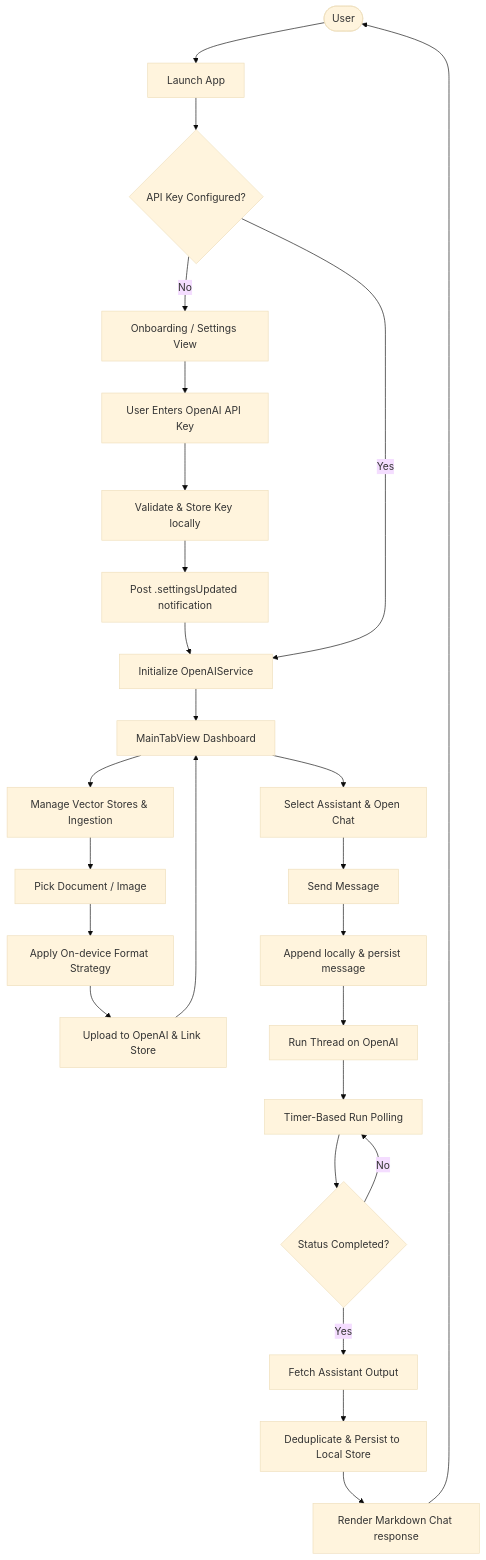
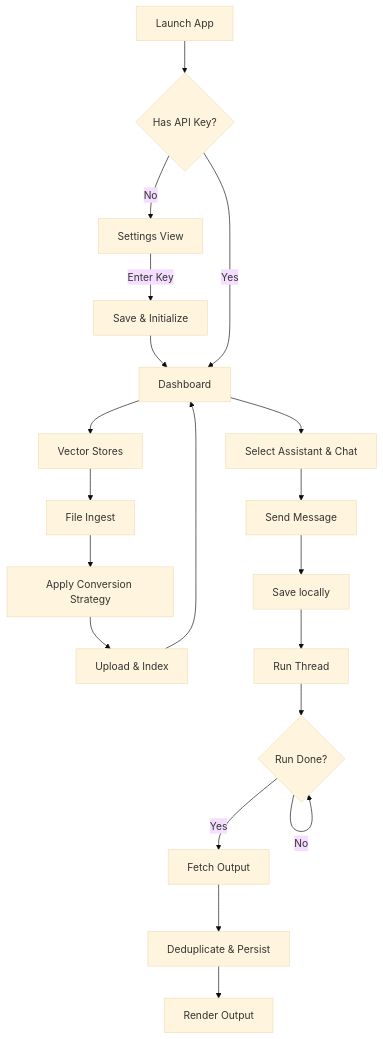
Before and after one commit to Gunnarguy/OpenAssistant: the first of 4 diagrams in README.md, drawn with Mermaid (base theme). The commit also changed other lines of this file and 3 other files, not shown here.

````diff
--- a/README.md
+++ b/README.md
@@ -61,33 +63,24 @@
 ```mermaid
 flowchart TD
-    User([User]) --> A[Launch App]
-    A --> B{API Key Configured?}
+    Launch[Launch App] --> CheckKey{Has API Key?}
+    CheckKey -->|No| Settings[Settings View]
+    Settings -->|Enter Key| SaveKey[Save & Initialize]
+    SaveKey --> Dashboard[Dashboard]
+    CheckKey -->|Yes| Dashboard
     
-    B -->|No| C[Onboarding / Settings View]
-    C --> D[User Enters OpenAI API Key]
-    D --> E[Validate & Store Key locally]
-    E --> F[Post .settingsUpdated notification]
-    F --> G[Initialize OpenAIService]
+    Dashboard --> VectorStore[Vector Stores]
+    VectorStore --> FileIngest[File Ingest]
+    FileIngest --> IngestStrategy[Apply Conversion Strategy]
+    IngestStrategy --> Upload[Upload & Index]
+    Upload --> Dashboard
     
-    B -->|Yes| G
-    
-    G --> H[MainTabView Dashboard]
-    
-    H --> I[Manage Vector Stores & Ingestion]
-    I --> I1[Pick Document / Image]
-    I1 --> I2[Apply On-device Format Strategy]
-    I2 --> I3[Upload to OpenAI & Link Store]
-    I3 --> H
-    
-    H --> J[Select Assistant & Open Chat]
-    J --> K[Send Message]
-    K --> K1[Append locally & persist message]
-    K1 --> K2[Run Thread on OpenAI]
-    K2 --> L[Timer-Based Run Polling]
-    L --> M{Status Completed?}
-    M -->|No| L
-    M -->|Yes| N[Fetch Assistant Output]
-    N --> O[Deduplicate & Persist to Local Store]
-    O --> P[Render Markdown Chat response]
-    P --> User
+    Dashboard --> Chat[Select Assistant & Chat]
+    Chat --> SendMsg[Send Message]
+    SendMsg --> LocalSave[Save locally]
+    LocalSave --> ThreadRun[Run Thread]
+    ThreadRun --> Poll{Run Done?}
+    Poll -->|No| Poll
+    Poll -->|Yes| FetchMsg[Fetch Output]
+    FetchMsg --> SaveLocal[Deduplicate & Persist]
+    SaveLocal --> Render[Render Output]
 ```
````
